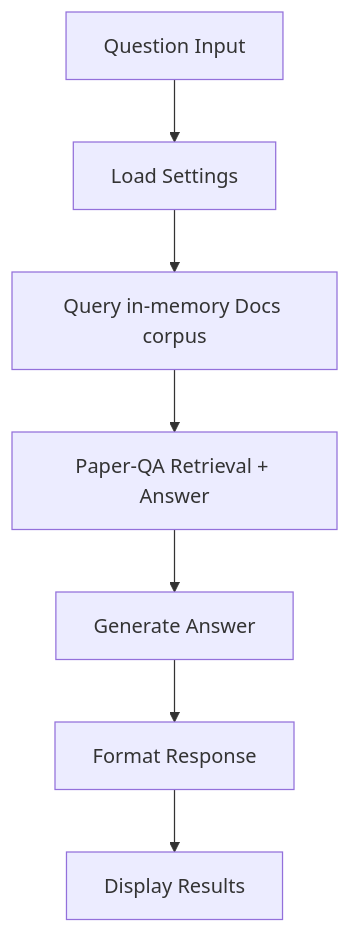
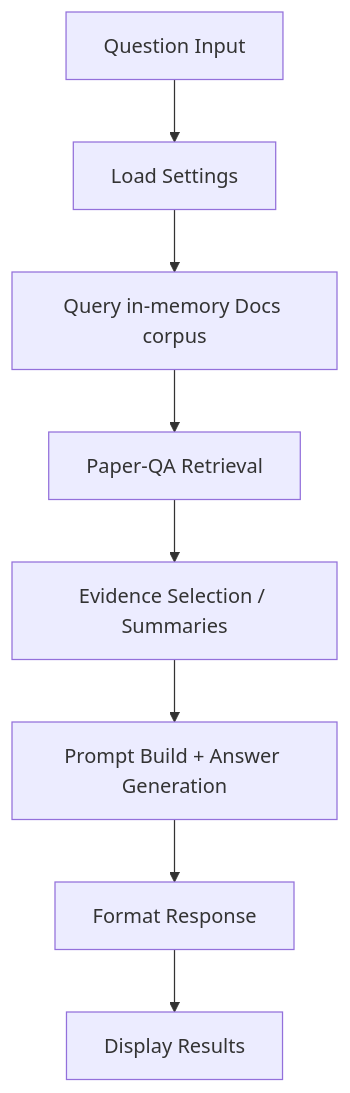
Before and after one commit to usathyan/paper-qa-ui: the fifth of 5 diagrams in DEVELOPER.md, drawn with Mermaid. The commit also changed other lines of this file and 2 other files, not shown here.

Commit message:
docs: update README for scientists (progress phases, transparency metrics, interpretation); expand developer and troubleshooting docs
- README: new sections for Live Analysis Progress, transparency metrics, dark mode, and scientist guidance
- DEVELOPER: document phase events, transparency rendering, updated pipelines
- TROUBLESHOOTING: add guidance tied to live progress metrics

````diff
--- a/DEVELOPER.md
+++ b/DEVELOPER.md
@@ -170,9 +174,10 @@
 ```mermaid
 flowchart TD
     A[Question Input] --> B[Load Settings]
     B --> C[Query in-memory Docs corpus]
-    C --> D[Paper-QA Retrieval + Answer]
-    D --> E[Generate Answer]
-    E --> F[Format Response]
-    F --> G[Display Results]
+    C --> D[Paper-QA Retrieval]
+    D --> E[Evidence Selection / Summaries]
+    E --> F[Prompt Build + Answer Generation]
+    F --> G[Format Response]
+    G --> H[Display Results]
 ```
````
